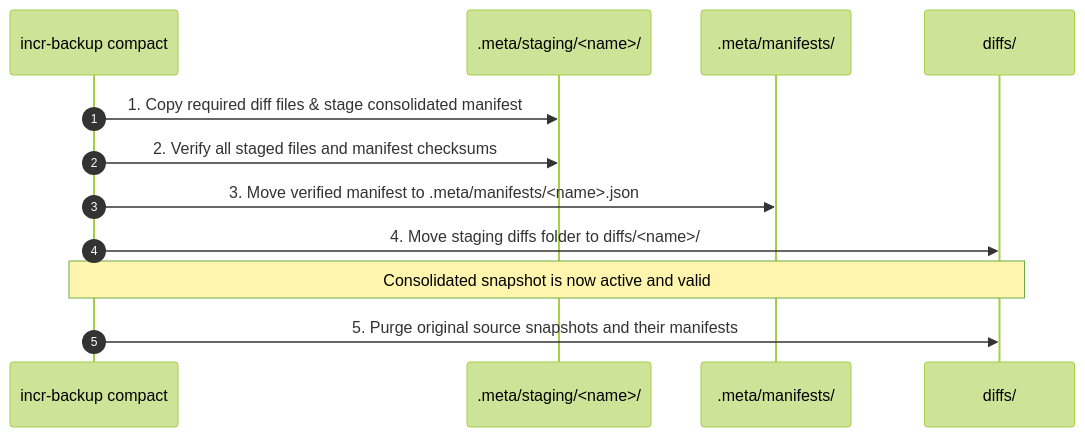
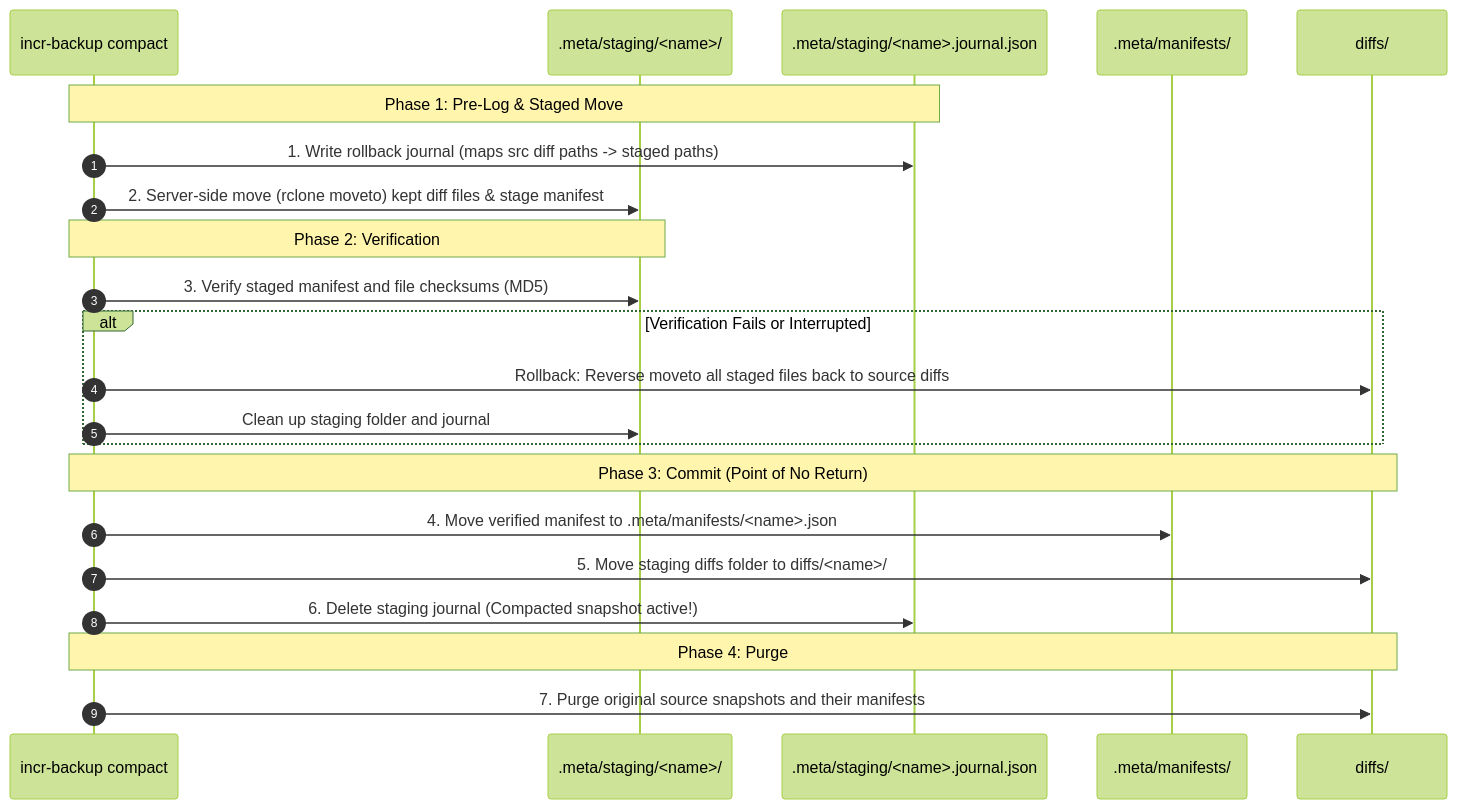
Before and after one commit to shabeer/incr_backup: the third of 5 diagrams in docs/developer.md, drawn with Mermaid (forest theme). The commit also changed other lines of this file and 3 other files, not shown here.

First line of the commit message:
perf(compact): optimize snapshot compaction with catalog index, server-side moves, and crash recovery

````diff
--- a/docs/developer.md
+++ b/docs/developer.md
@@ -550,15 +641,28 @@
 ```mermaid
 sequenceDiagram
     autonumber
     participant CLI as incr-backup compact
     participant Staging as .meta/staging/<name>/
+    participant Journal as .meta/staging/<name>.journal.json
     participant Meta as .meta/manifests/
     participant Diffs as diffs/
 
-    CLI->>Staging: 1. Copy required diff files & stage consolidated manifest
-    CLI->>Staging: 2. Verify all staged files and manifest checksums
-    CLI->>Meta: 3. Move verified manifest to .meta/manifests/<name>.json
-    CLI->>Diffs: 4. Move staging diffs folder to diffs/<name>/
-    Note over CLI,Diffs: Consolidated snapshot is now active and valid
-    CLI->>Diffs: 5. Purge original source snapshots and their manifests
+    Note over CLI,Journal: Phase 1: Pre-Log & Staged Move
+    CLI->>Journal: 1. Write rollback journal (maps src diff paths -> staged paths)
+    CLI->>Staging: 2. Server-side move (rclone moveto) kept diff files & stage manifest
+    
+    Note over CLI,Staging: Phase 2: Verification
+    CLI->>Staging: 3. Verify staged manifest and file checksums (MD5)
+    alt Verification Fails or Interrupted
+        CLI->>Diffs: Rollback: Reverse moveto all staged files back to source diffs
+        CLI->>Staging: Clean up staging folder and journal
+    end
+
+    Note over CLI,Diffs: Phase 3: Commit (Point of No Return)
+    CLI->>Meta: 4. Move verified manifest to .meta/manifests/<name>.json
+    CLI->>Diffs: 5. Move staging diffs folder to diffs/<name>/
+    CLI->>Journal: 6. Delete staging journal (Compacted snapshot active!)
+
+    Note over CLI,Diffs: Phase 4: Purge
+    CLI->>Diffs: 7. Purge original source snapshots and their manifests
 ```
````
